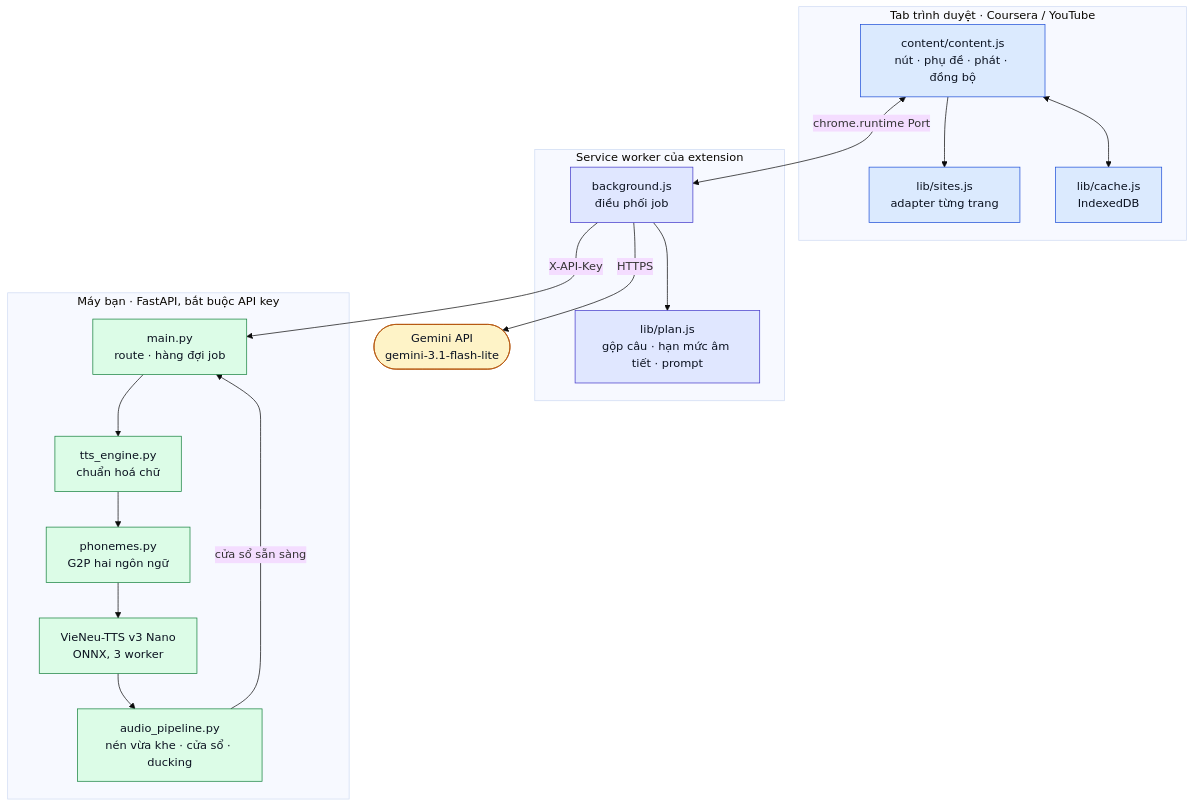
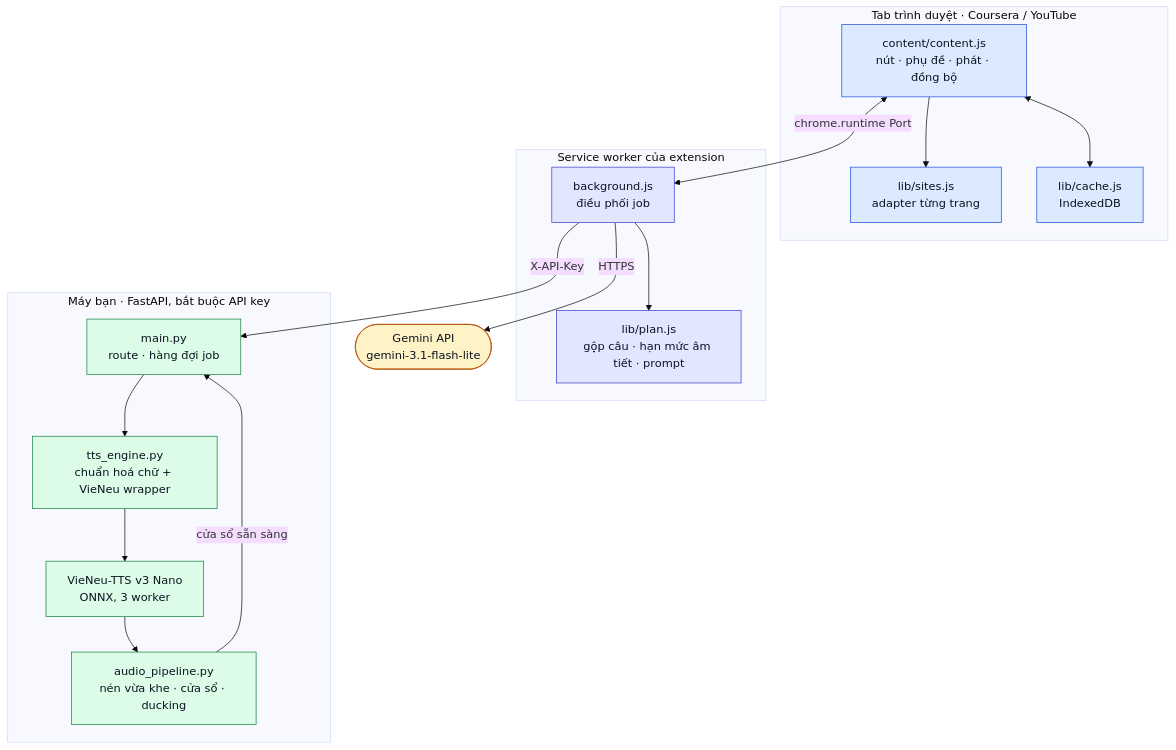
One commit to AIAI-Laboratory/ai-vietnamese-dubbing changed the first of 5 diagrams in README.vi.md. Above: the diagram before and after it, drawn with Mermaid (base theme). The commit also changed other lines of this file and 3 other files, not shown here.

````diff
--- a/README.vi.md
+++ b/README.vi.md
@@ -67,41 +67,40 @@
 ```mermaid
 flowchart TB
     subgraph page["Tab trình duyệt · Coursera / YouTube"]
         A["content/content.js<br/>nút · phụ đề · phát · đồng bộ"]
         B["lib/sites.js<br/>adapter từng trang"]
         C["lib/cache.js<br/>IndexedDB"]
     end
 
     subgraph worker["Service worker của extension"]
         D["background.js<br/>điều phối job"]
         E["lib/plan.js<br/>gộp câu · hạn mức âm tiết · prompt"]
     end
 
     subgraph local["Máy bạn · FastAPI, bắt buộc API key"]
         F["main.py<br/>route · hàng đợi job"]
-        G["tts_engine.py<br/>chuẩn hoá chữ"]
-        H["phonemes.py<br/>G2P hai ngôn ngữ"]
-        I["VieNeu-TTS v3 Nano<br/>ONNX, 3 worker"]
+        G["tts_engine.py<br/>chuẩn hoá chữ + VieNeu wrapper"]
+        H["VieNeu-TTS v3 Nano<br/>ONNX, 3 worker"]
         J["audio_pipeline.py<br/>nén vừa khe · cửa sổ · ducking"]
     end
 
     K(["Gemini API<br/>gemini-3.1-flash-lite"])
 
     A <-->|"chrome.runtime Port"| D
     A --> B
     A <--> C
     D --> E
     D -->|HTTPS| K
     D -->|"X-API-Key"| F
-    F --> G --> H --> I --> J
+    F --> G --> H --> J
     J -->|"cửa sổ sẵn sàng"| F
 
     classDef browser fill:#dbeafe,stroke:#1d4ed8,color:#0b1220
     classDef worker fill:#e0e7ff,stroke:#4338ca,color:#0b1220
     classDef server fill:#dcfce7,stroke:#15803d,color:#0b1220
     classDef cloud fill:#fef3c7,stroke:#b45309,color:#0b1220
     class A,B,C browser
     class D,E worker
     class F,G,H,I,J server
     class K cloud
 ```
````
